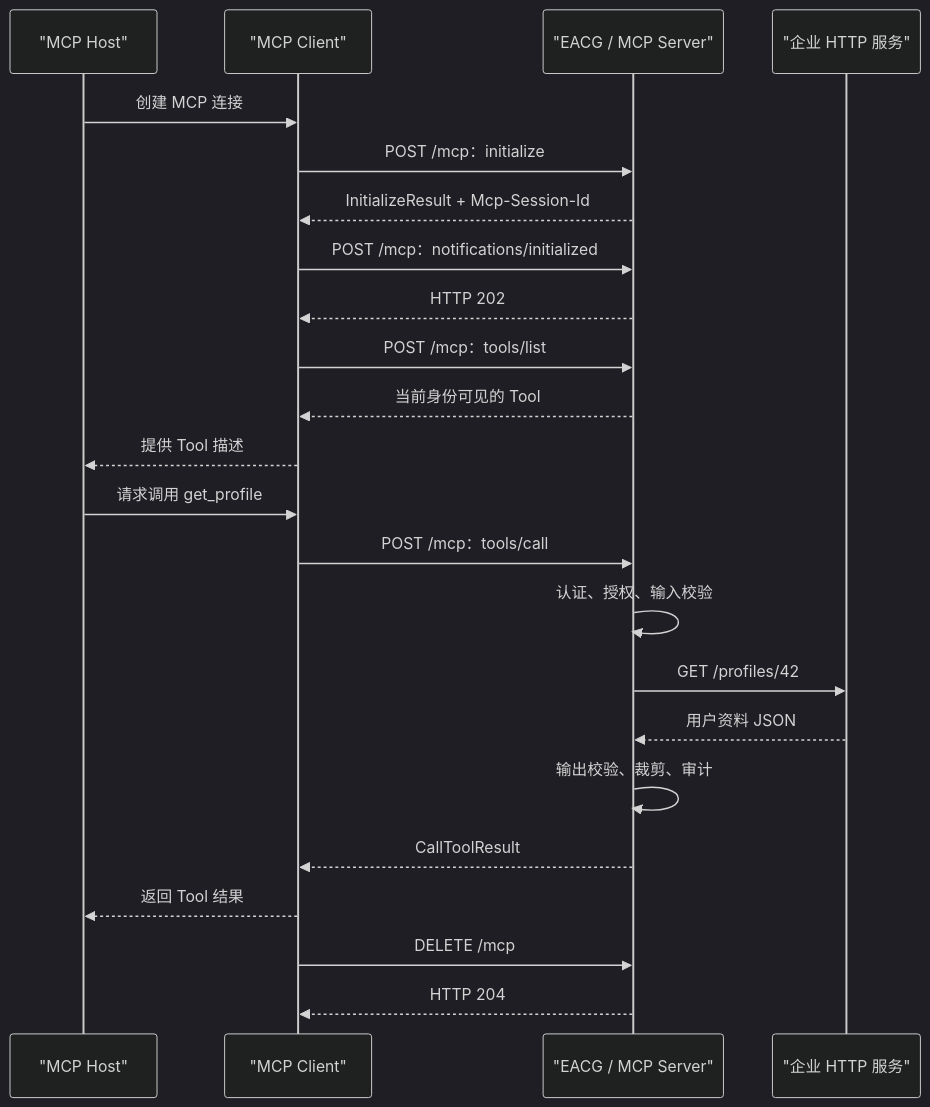
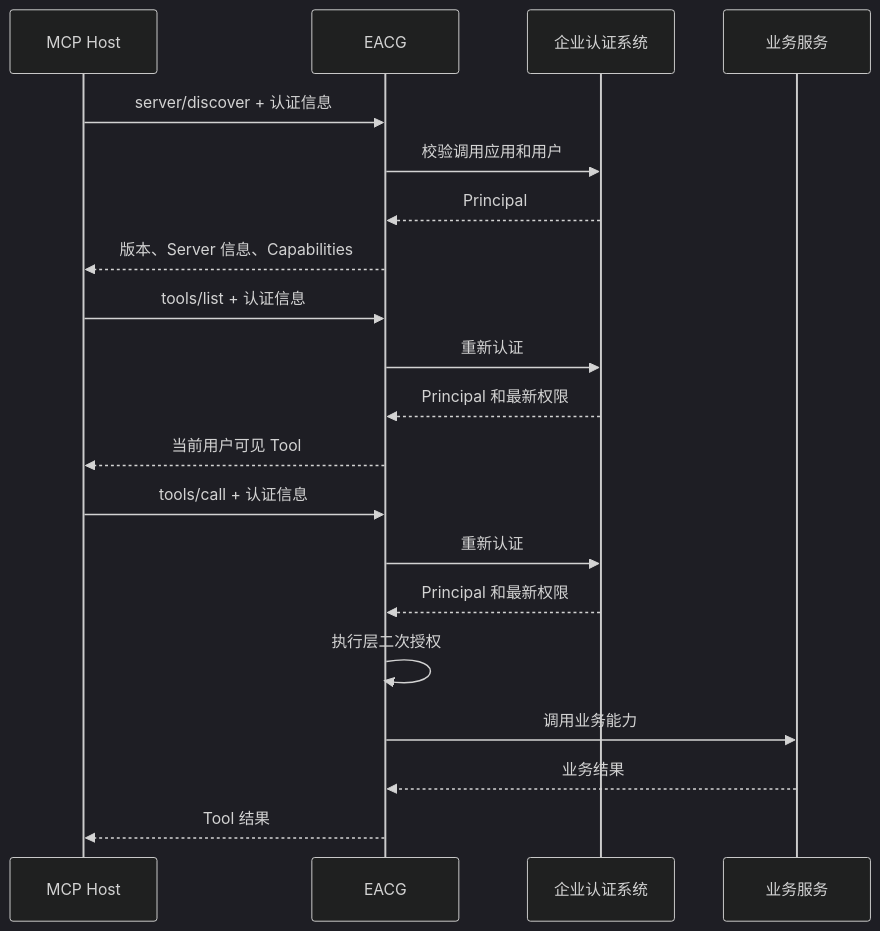
The diagram in docs/MCP协议工作流程入门.md (cymomaker/eacg), drawn with Mermaid (dark theme) before and after one commit. The commit also changed other lines of this file and 42 other files, not shown here.

````diff
--- a/docs/MCP协议工作流程入门.md
+++ b/docs/MCP协议工作流程入门.md
@@ -259,29 +54,25 @@
 ```mermaid
 sequenceDiagram
-    participant H as "MCP Host"
-    participant C as "MCP Client"
-    participant S as "EACG / MCP Server"
-    participant B as "企业 HTTP 服务"
+    participant H as MCP Host
+    participant E as EACG
+    participant I as 企业认证系统
+    participant B as 业务服务
 
-    H->>C: 创建 MCP 连接
-    C->>S: POST /mcp：initialize
-    S-->>C: InitializeResult + Mcp-Session-Id
-    C->>S: POST /mcp：notifications/initialized
-    S-->>C: HTTP 202
+    H->>E: server/discover + 认证信息
+    E->>I: 校验调用应用和用户
+    I-->>E: Principal
+    E-->>H: 版本、Server 信息、Capabilities
 
-    C->>S: POST /mcp：tools/list
-    S-->>C: 当前身份可见的 Tool
-    C-->>H: 提供 Tool 描述
+    H->>E: tools/list + 认证信息
+    E->>I: 重新认证
+    I-->>E: Principal 和最新权限
+    E-->>H: 当前用户可见 Tool
 
-    H->>C: 请求调用 get_profile
-    C->>S: POST /mcp：tools/call
-    S->>S: 认证、授权、输入校验
-    S->>B: GET /profiles/42
-    B-->>S: 用户资料 JSON
-    S->>S: 输出校验、裁剪、审计
-    S-->>C: CallToolResult
-    C-->>H: 返回 Tool 结果
-
-    C->>S: DELETE /mcp
-    S-->>C: HTTP 204
+    H->>E: tools/call + 认证信息
+    E->>I: 重新认证
+    I-->>E: Principal 和最新权限
+    E->>E: 执行层二次授权
+    E->>B: 调用业务能力
+    B-->>E: 业务结果
+    E-->>H: Tool 结果
 ```
````
